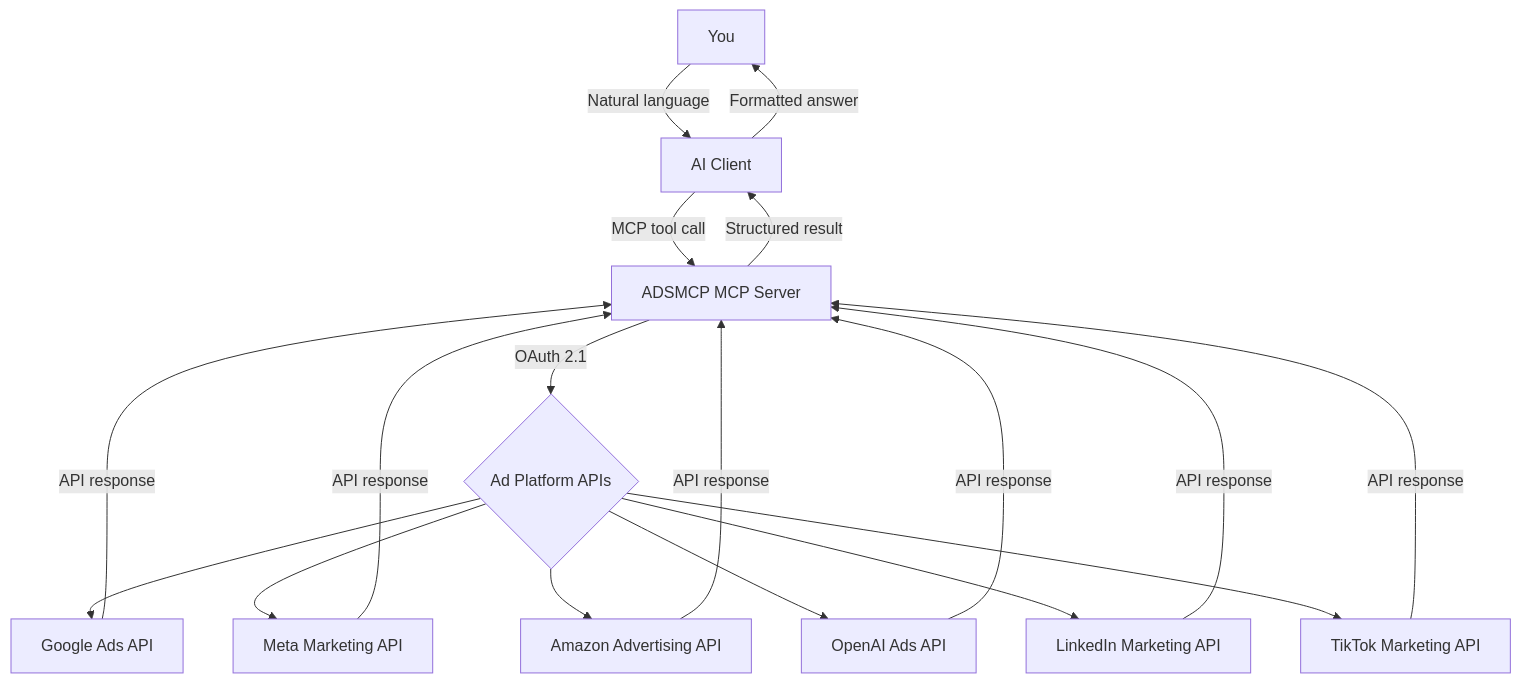
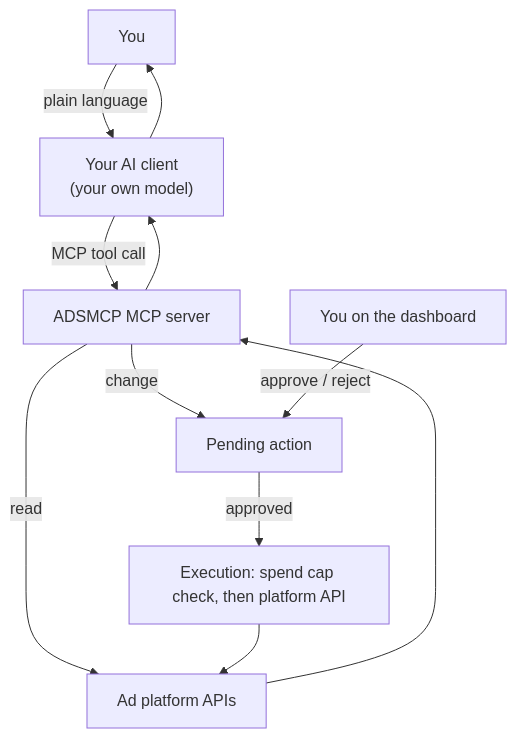
Before and after one commit to gao51-qw/adsmcp-docs: the diagram in how-it-works.mdx, drawn with Mermaid. The commit also changed other lines of this file and 33 other files, not shown here.

````diff
--- a/how-it-works.mdx
+++ b/how-it-works.mdx
@@ -11,15 +7,11 @@
-```mermaid theme={"theme":{"light":"github-light","dark":"github-dark"}}
+```mermaid
 flowchart TD
-    A[You] -->|Natural language| B[AI Client]
-    B -->|MCP tool call| C[ADSMCP MCP Server]
-    C -->|OAuth 2.1| D{Ad Platform APIs}
-    D --> E[Google Ads API]
-    D --> F[Meta Marketing API]
-    D --> G[Amazon Advertising API]
-    D --> H[OpenAI Ads API]
-    D --> I[LinkedIn Marketing API]
-    D --> J[TikTok Marketing API]
-    E & F & G & H & I & J -->|API response| C
-    C -->|Structured result| B
-    B -->|Formatted answer| A
+    A[You] -->|plain language| B["Your AI client<br/>(your own model)"]
+    B -->|MCP tool call| C[ADSMCP MCP server]
+    C -->|read| D[Ad platform APIs]
+    C -->|change| E[Pending action]
+    F[You on the dashboard] -->|approve / reject| E
+    E -->|approved| G[Execution: spend cap check, then platform API]
+    G --> D
+    D --> C --> B --> A
 ```
````
